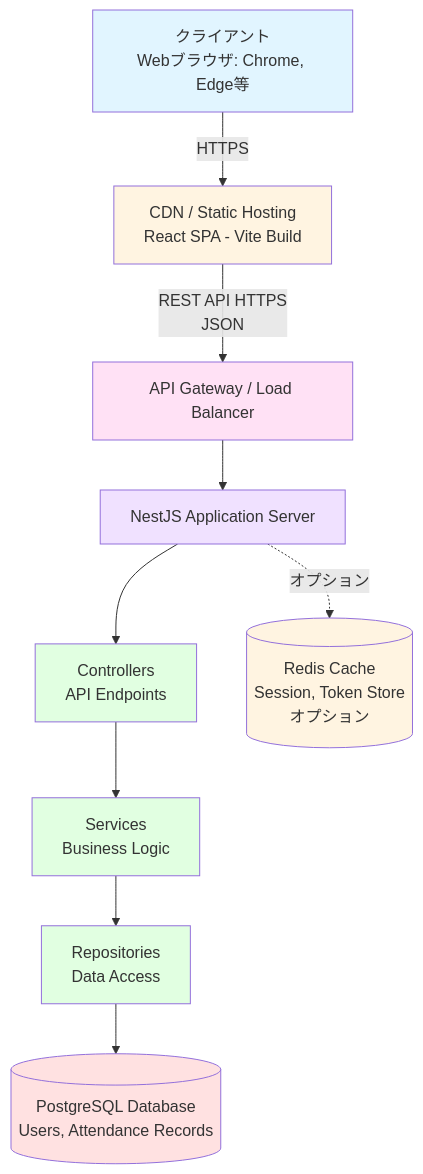
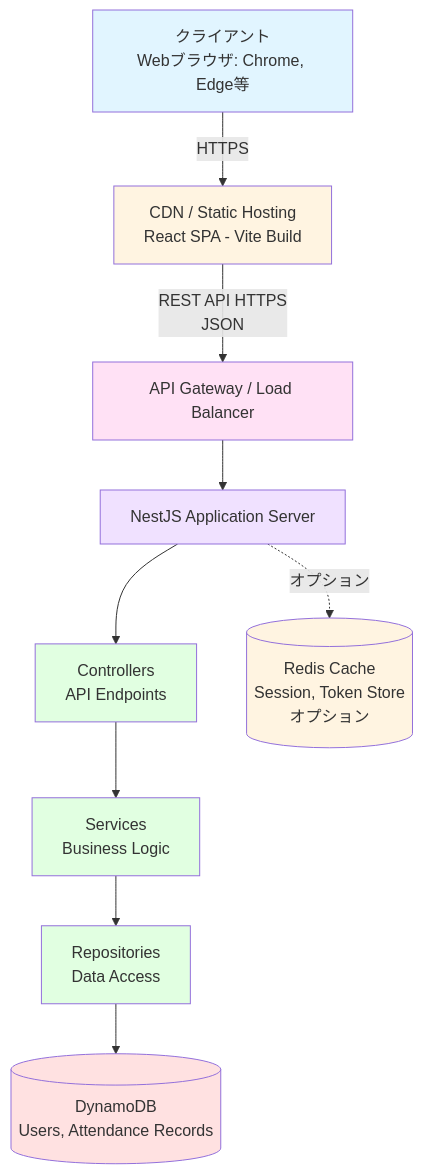
One commit to goataka/document-driven-development changed the diagram in docs/implement/README.md. Above: the diagram before and after it, drawn with Mermaid. The commit also changed other lines of this file and 38 other files, not shown here.

Commit message:
Add policy-focused build, release, deploy, operate, and monitor documentation with serverless architecture (DynamoDB + LocalStack) (#13)

````diff
--- a/docs/implement/README.md
+++ b/docs/implement/README.md
@@ -122,31 +123,31 @@
 ```mermaid
 graph TB
     Client[クライアント<br/>Webブラウザ: Chrome, Edge等]
     CDN[CDN / Static Hosting<br/>React SPA - Vite Build]
     Gateway[API Gateway / Load Balancer]
     NestJS[NestJS Application Server]
     Controllers[Controllers<br/>API Endpoints]
     Services[Services<br/>Business Logic]
     Repositories[Repositories<br/>Data Access]
-    DB[(PostgreSQL Database<br/>Users, Attendance Records)]
+    DB[(DynamoDB<br/>Users, Attendance Records)]
     Redis[(Redis Cache<br/>Session, Token Store<br/>オプション)]
     
     Client -->|HTTPS| CDN
     CDN -->|REST API HTTPS<br/>JSON| Gateway
     Gateway --> NestJS
     NestJS --> Controllers
     Controllers --> Services
     Services --> Repositories
     Repositories --> DB
     NestJS -.->|オプション| Redis
     
     style Client fill:#e1f5ff
     style CDN fill:#fff4e1
     style Gateway fill:#ffe1f5
     style NestJS fill:#f0e1ff
     style Controllers fill:#e1ffe1
     style Services fill:#e1ffe1
     style Repositories fill:#e1ffe1
     style DB fill:#ffe1e1
     style Redis fill:#fff4e1
 ```
````
